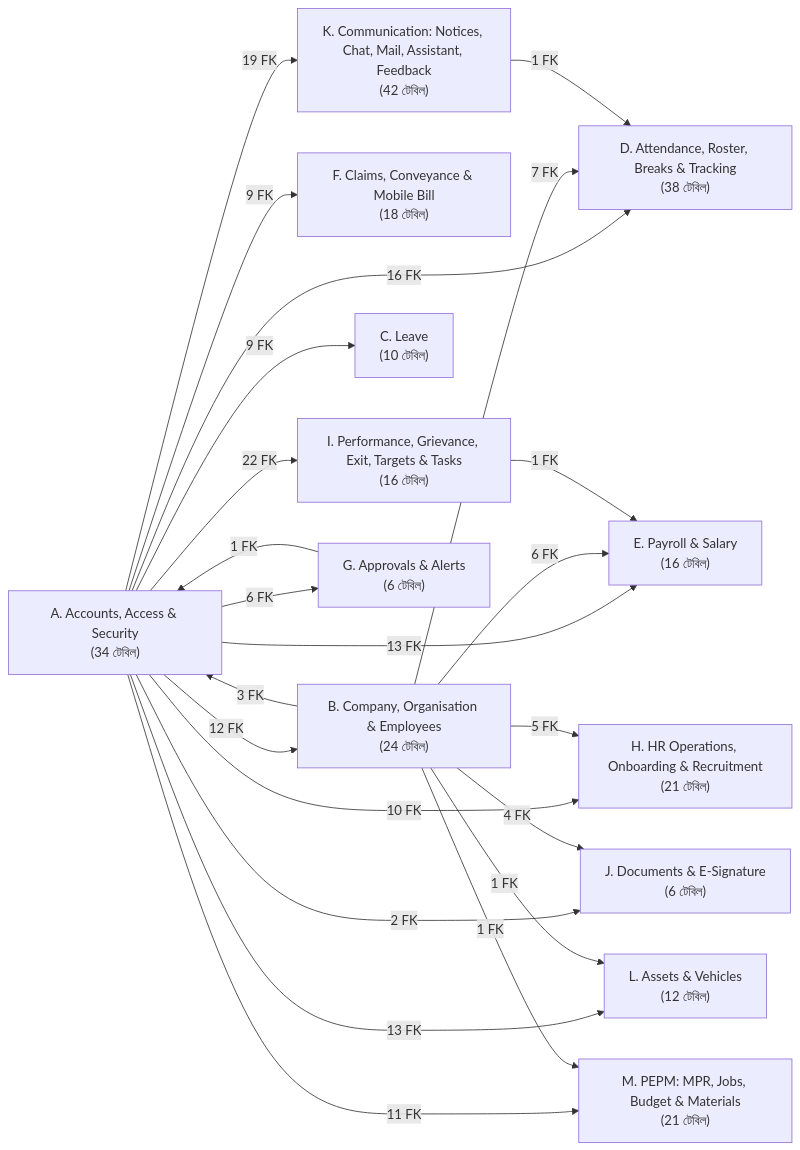
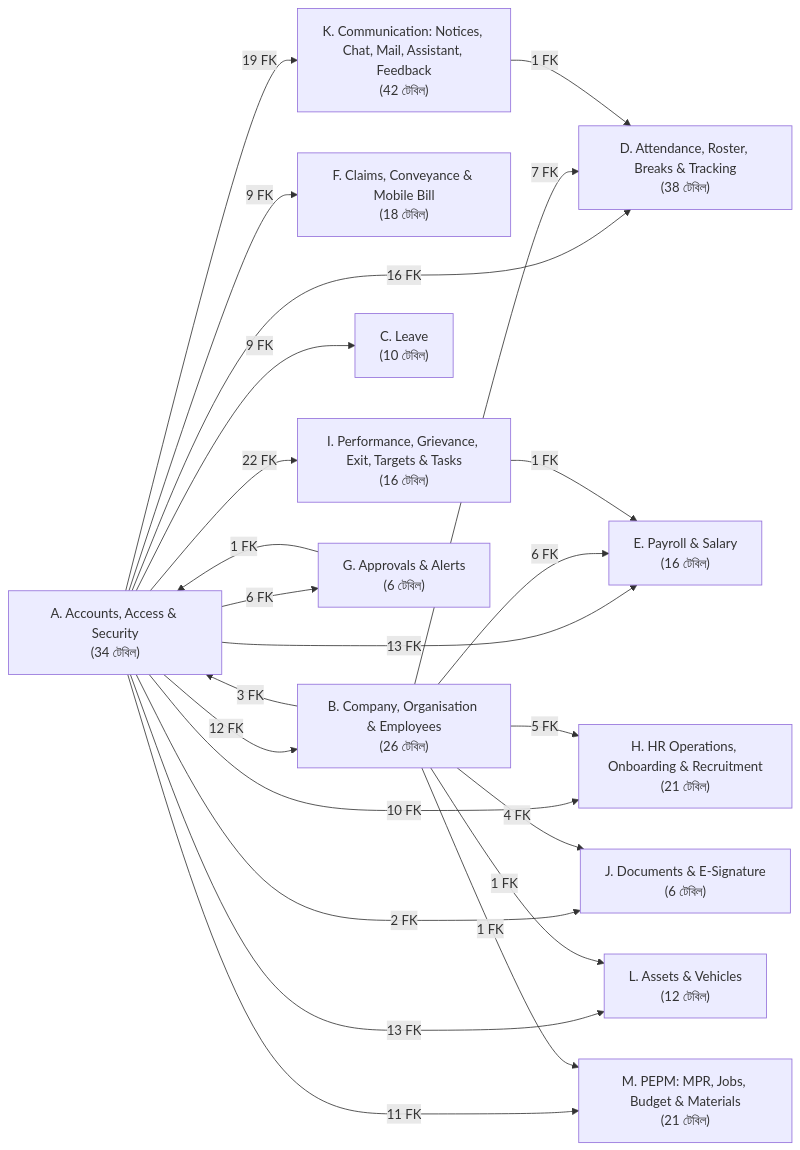
One commit to ruhulamencredence/CredenceHR changed the diagram in docs/architecture/database/diagrams/00-module-map.mmd. Above: the diagram before and after it, drawn with Mermaid. The commit also changed 45 other files, not shown here.

```diff
--- a/docs/architecture/database/diagrams/00-module-map.mmd
+++ b/docs/architecture/database/diagrams/00-module-map.mmd
@@ -1,36 +1,36 @@
 flowchart LR
   K["K. Communication: Notices, Chat, Mail, Assistant, Feedback<br/>(42 টেবিল)"]
   H["H. HR Operations, Onboarding & Recruitment<br/>(21 টেবিল)"]
   D["D. Attendance, Roster, Breaks & Tracking<br/>(38 টেবিল)"]
   A["A. Accounts, Access & Security<br/>(34 টেবিল)"]
   M["M. PEPM: MPR, Jobs, Budget & Materials<br/>(21 টেবিল)"]
   F["F. Claims, Conveyance & Mobile Bill<br/>(18 টেবিল)"]
-  B["B. Company, Organisation & Employees<br/>(24 টেবিল)"]
+  B["B. Company, Organisation & Employees<br/>(26 টেবিল)"]
   C["C. Leave<br/>(10 টেবিল)"]
   L["L. Assets & Vehicles<br/>(12 টেবিল)"]
   J["J. Documents & E-Signature<br/>(6 টেবিল)"]
   E["E. Payroll & Salary<br/>(16 টেবিল)"]
   I["I. Performance, Grievance, Exit, Targets & Tasks<br/>(16 টেবিল)"]
   G["G. Approvals & Alerts<br/>(6 টেবিল)"]
   A -->|12 FK| B
   A -->|9 FK| C
   A -->|16 FK| D
   A -->|13 FK| E
   A -->|9 FK| F
   A -->|6 FK| G
   A -->|10 FK| H
   A -->|22 FK| I
   A -->|2 FK| J
   A -->|19 FK| K
   A -->|13 FK| L
   A -->|11 FK| M
   B -->|3 FK| A
   B -->|7 FK| D
   B -->|6 FK| E
   B -->|5 FK| H
   B -->|4 FK| J
   B -->|1 FK| L
   B -->|1 FK| M
   G -->|1 FK| A
   I -->|1 FK| E
   K -->|1 FK| D
```
